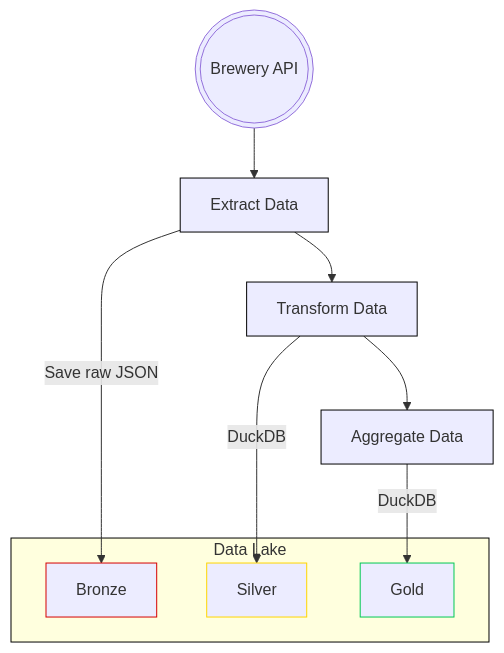
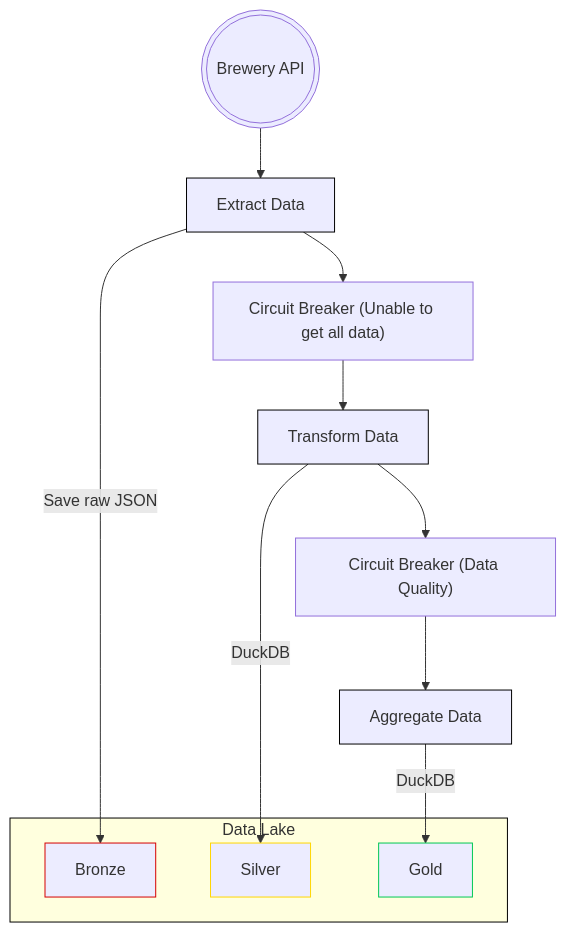
One commit to nahumsa/brewery-data-lake changed the diagram in README.md. Above: the diagram before and after it, drawn with Mermaid. The commit also changed other lines of this file, not shown here.

Commit message:
docs: add circuit breaker on the diagram

````diff
--- a/README.md
+++ b/README.md
@@ -57,25 +57,25 @@
 ```mermaid
 flowchart TD
  subgraph s1["Data Lake"]
         n3["Bronze"]
         n4["Silver"]
         n5["Gold"]
   end
     n1["Brewery API"] --> n2["Extract Data"]
     n2 -- Save raw JSON --> n3
-    n2 --> n6["Transform Data"]
-    n6 --> n7["Aggregate Data"]
+    n2 --> n8["Circuit Breaker (Unable to get all data)"]
+    n6["Transform Data"] --> n9["Circuit Breaker (Data Quality)"]
     n6 -- DuckDB --> n4
-    n7 -- DuckDB --> n5
+    n7["Aggregate Data"] -- DuckDB --> n5
+    n8 --> n6
+    n9 --> n7
 
     n1@{ shape: dbl-circ}
     style n3 stroke:#D50000
     style n4 stroke:#FFD600
     style n5 stroke:#00C853
     style n2 stroke:#000000
     style n6 stroke:#000000
     style n7 stroke:#000000
     style s1 stroke:#000000
-
-
 ```
````
